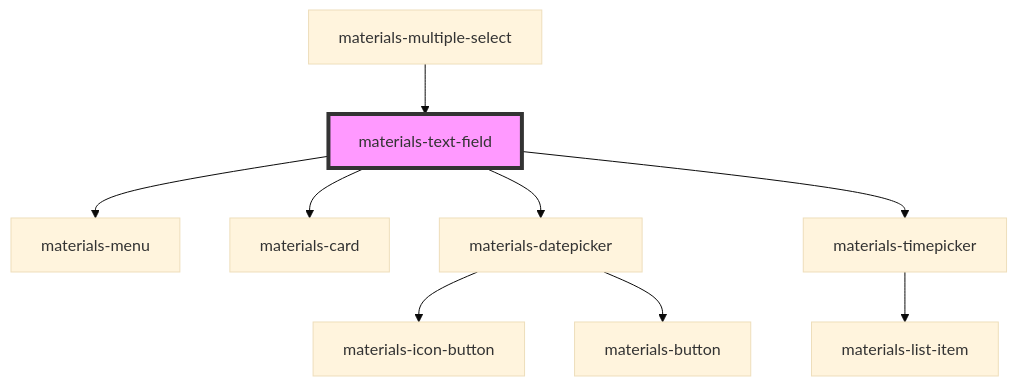
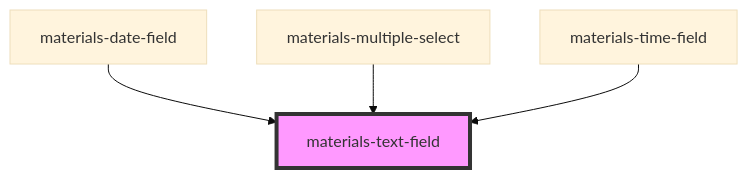
One commit to GMV-centravet/materials-elements changed the diagram in packages/materials/src/components/text-field/readme.md. Above: the diagram before and after it, drawn with Mermaid (base theme). The commit also changed other lines of this file and 22 other files, not shown here.

````diff
--- a/packages/materials/src/components/text-field/readme.md
+++ b/packages/materials/src/components/text-field/readme.md
@@ -83,12 +73,7 @@
 ```mermaid
 graph TD;
-  materials-text-field --> materials-menu
-  materials-text-field --> materials-card
-  materials-text-field --> materials-datepicker
-  materials-text-field --> materials-timepicker
-  materials-datepicker --> materials-icon-button
-  materials-datepicker --> materials-button
-  materials-timepicker --> materials-list-item
+  materials-date-field --> materials-text-field
   materials-multiple-select --> materials-text-field
+  materials-time-field --> materials-text-field
   style materials-text-field fill:#f9f,stroke:#333,stroke-width:4px
 ```
````
